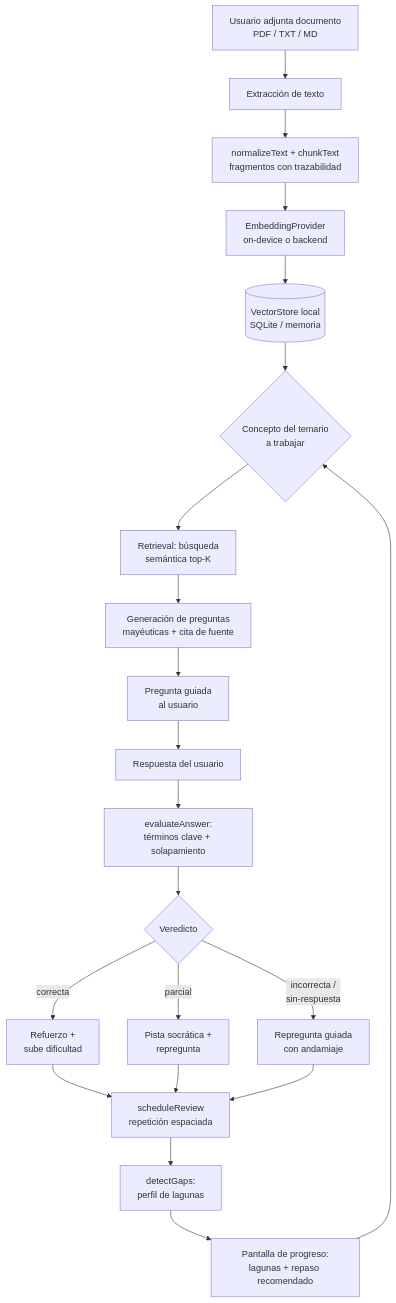
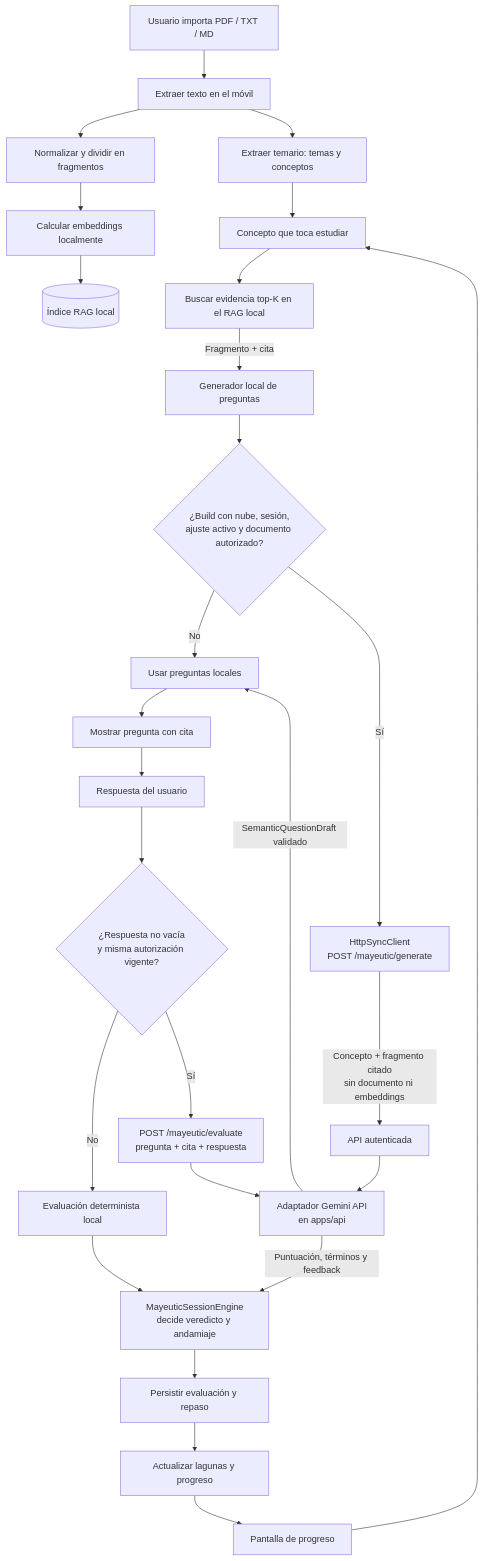
One commit to elqkocamisas/Socracia changed the first of 3 diagrams in docs/architecture.md. Above: the diagram before and after it, drawn with Mermaid. The commit also changed other lines of this file and 31 other files, not shown here.

First line of the commit message:
feat(mayeu): integrar Gemini con consentimiento explícito

````diff
--- a/docs/architecture.md
+++ b/docs/architecture.md
@@ -93,26 +93,31 @@
 ```mermaid
 flowchart TD
-    A[Usuario adjunta documento<br/>PDF / TXT / MD] --> B[Extracción de texto]
-    B --> C[normalizeText + chunkText<br/>fragmentos con trazabilidad]
-    C --> D[EmbeddingProvider<br/>on-device o backend]
-    D --> E[(VectorStore local<br/>SQLite / memoria)]
+    U[Usuario importa PDF / TXT / MD] --> X[Extraer texto en el móvil]
+    X --> C[Normalizar y dividir en fragmentos]
+    C --> E[Calcular embeddings localmente]
+    E --> V[(Índice RAG local)]
+    X --> T[Extraer temario: temas y conceptos]
 
-    E --> F{Concepto del temario<br/>a trabajar}
-    F --> G[Retrieval: búsqueda<br/>semántica top-K]
-    G --> H[Generación de preguntas<br/>mayéuticas + cita de fuente]
+    T --> F[Concepto que toca estudiar]
+    F --> G[Buscar evidencia top-K en el RAG local]
+    G -->|Fragmento + cita| H[Generador local de preguntas]
+    H --> P{¿Build con nube, sesión,<br/>ajuste activo y documento autorizado?}
+    P -->|No| Q[Usar preguntas locales]
+    P -->|Sí| R[HttpSyncClient<br/>POST /mayeutic/generate]
+    R -->|Concepto + fragmento citado<br/>sin documento ni embeddings| S[API autenticada]
+    S --> L[Adaptador Gemini API<br/>en apps/api]
+    L -->|SemanticQuestionDraft validado| Q
 
-    H --> I[Pregunta guiada<br/>al usuario]
+    Q --> I[Mostrar pregunta con cita]
     I --> J[Respuesta del usuario]
-    J --> K[evaluateAnswer:<br/>términos clave + solapamiento]
-    K --> L{Veredicto}
-    L -->|correcta| M[Refuerzo +<br/>sube dificultad]
-    L -->|parcial| N[Pista socrática +<br/>repregunta]
-    L -->|incorrecta /<br/>sin-respuesta| O[Repregunta guiada<br/>con andamiaje]
-
-    M --> P[scheduleReview<br/>repetición espaciada]
-    N --> P
-    O --> P
-    P --> Q[detectGaps:<br/>perfil de lagunas]
-    Q --> R[Pantalla de progreso:<br/>lagunas + repaso recomendado]
-    R --> F
+    J --> A{¿Respuesta no vacía<br/>y misma autorización vigente?}
+    A -->|No| K[Evaluación determinista local]
+    A -->|Sí| B[POST /mayeutic/evaluate<br/>pregunta + cita + respuesta]
+    B --> L
+    L -->|Puntuación, términos y feedback| M[MayeuticSessionEngine<br/>decide veredicto y andamiaje]
+    K --> M
+    M --> N[Persistir evaluación y repaso]
+    N --> O[Actualizar lagunas y progreso]
+    O --> W[Pantalla de progreso]
+    W --> F
 ```
````
